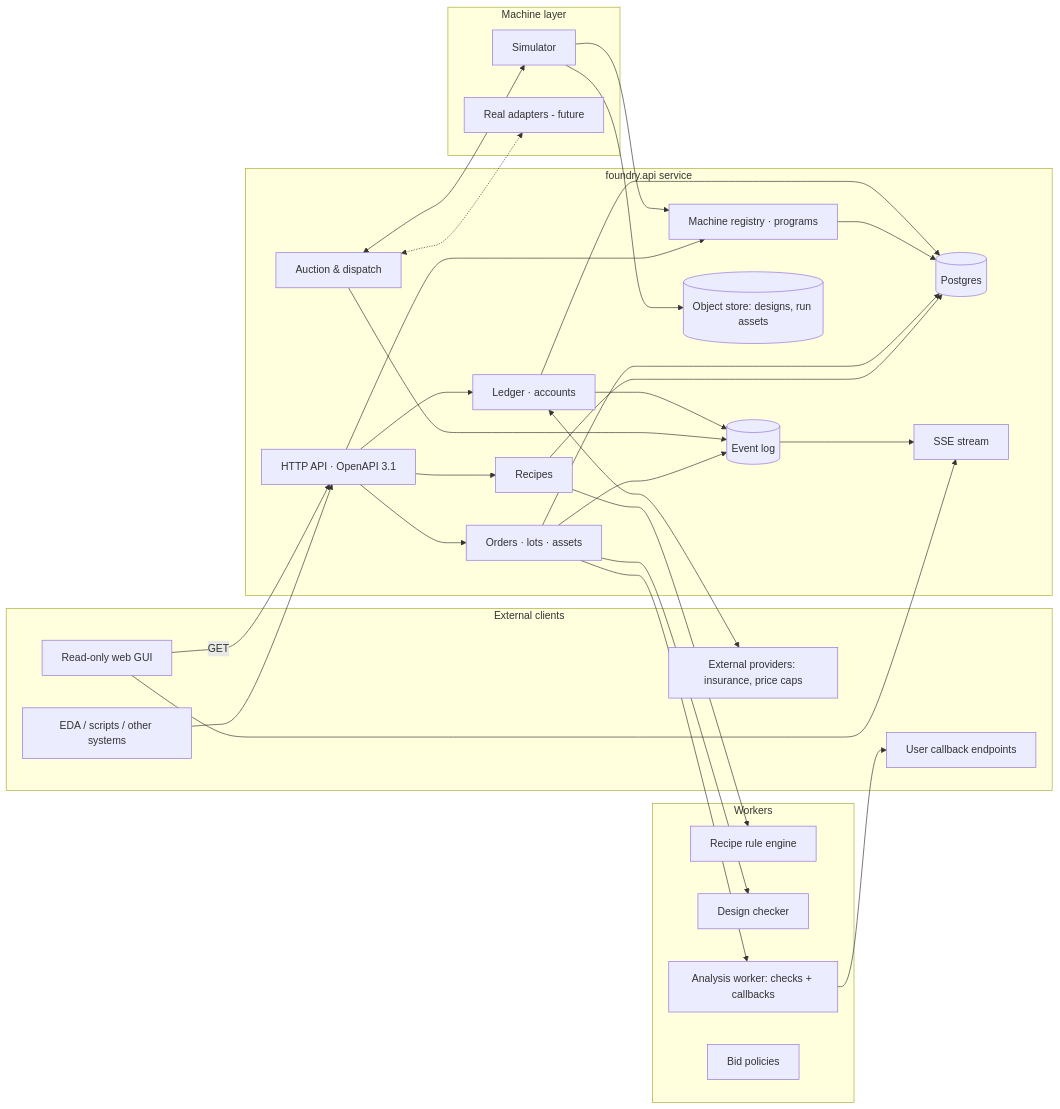
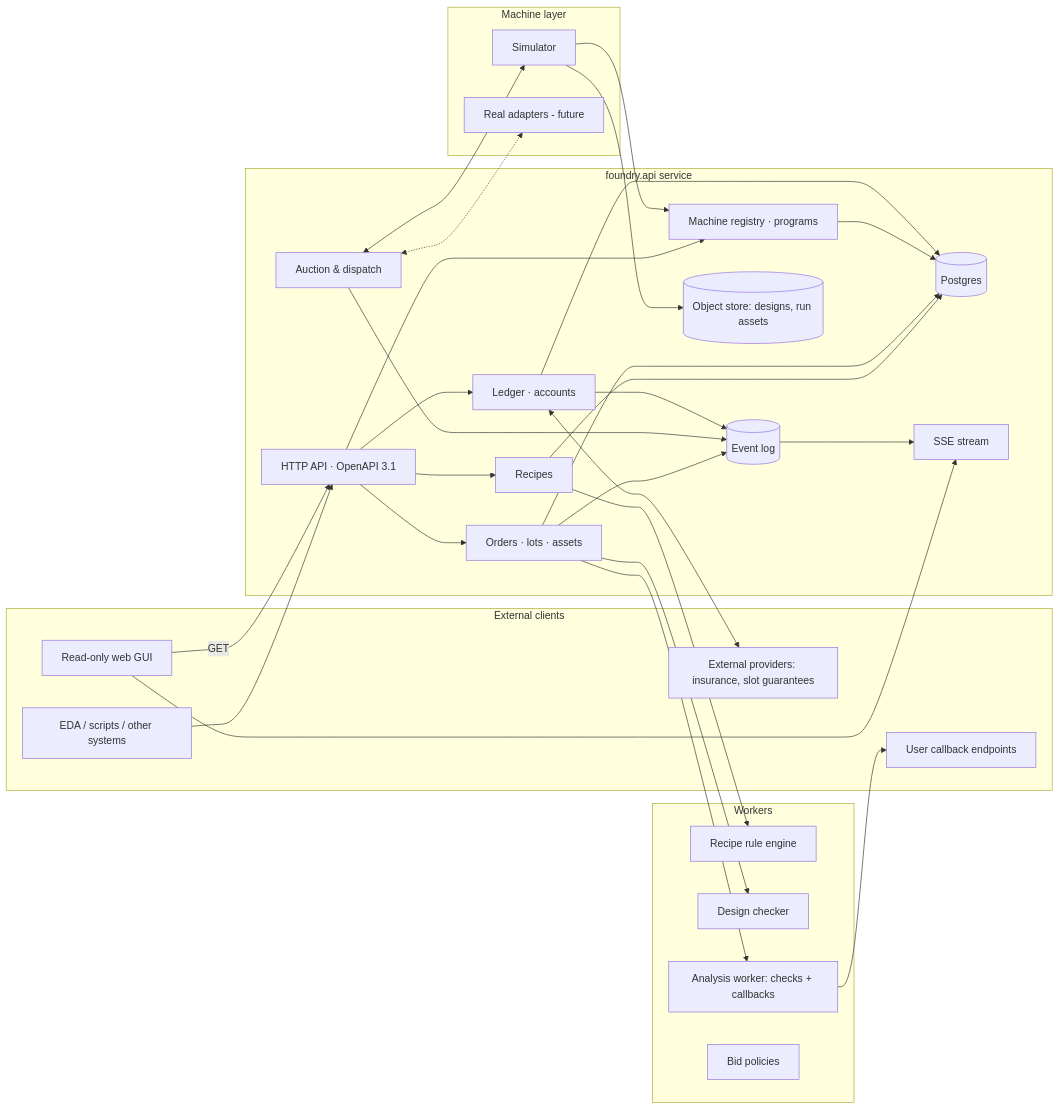
Before and after one commit to mithro/foundry.api: the second of 2 diagrams in DESIGN.md, drawn with Mermaid. The commit also changed other lines of this file, not shown here.

First line of the commit message:
Rename price cap to slot guarantee

````diff
--- a/DESIGN.md
+++ b/DESIGN.md
@@ -360,45 +361,45 @@
 ```mermaid
 flowchart LR
     subgraph clients [External clients]
         EDA[EDA / scripts / other systems]
         GUI[Read-only web GUI]
         CB[User callback endpoints]
-        INS[External providers: insurance, price caps]
+        INS[External providers: insurance, slot guarantees]
     end
     subgraph core [foundry.api service]
         API[HTTP API · OpenAPI 3.1]
         RS[Recipes]
         OS[Orders · lots · assets]
         REG[Machine registry · programs]
         AUC[Auction & dispatch]
         LED[Ledger · accounts]
         EVT[(Event log)]
         DB[(Postgres)]
         OBJ[(Object store: designs, run assets)]
         SSE[SSE stream]
     end
     subgraph workers [Workers]
         RV[Recipe rule engine]
         DV[Design checker]
         AN[Analysis worker: checks + callbacks]
         BOT[Bid policies]
     end
     subgraph fab [Machine layer]
         SIM[Simulator]
         ADP[Real adapters - future]
     end
     EDA --> API
     GUI -->|GET| API
     GUI --> SSE
     API --> RS & OS & REG & LED
     RS --> RV
     OS --> DV
     OS --> AN --> CB
     LED <--> INS
     RS & OS & REG & LED --> DB
     OS & AUC & LED --> EVT --> SSE
     AUC <--> SIM
     AUC <-.-> ADP
     SIM --> REG
     SIM --> OBJ
 ```
````
